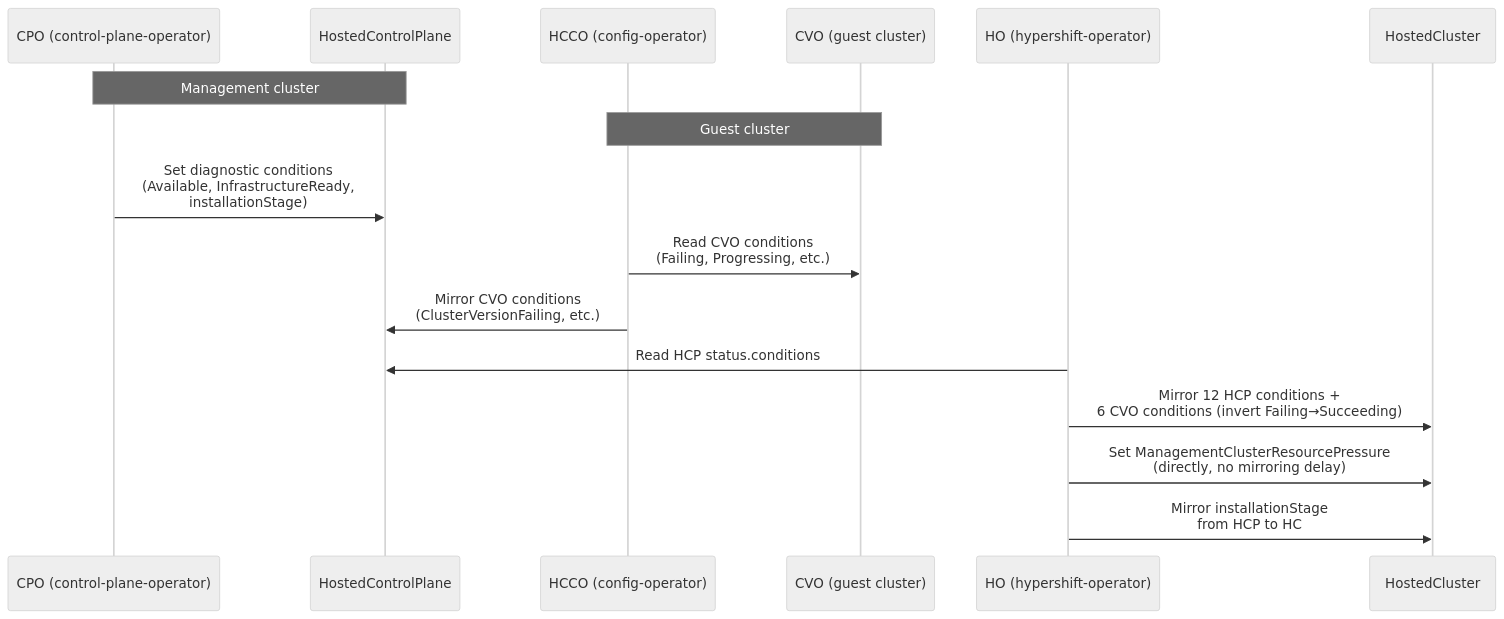
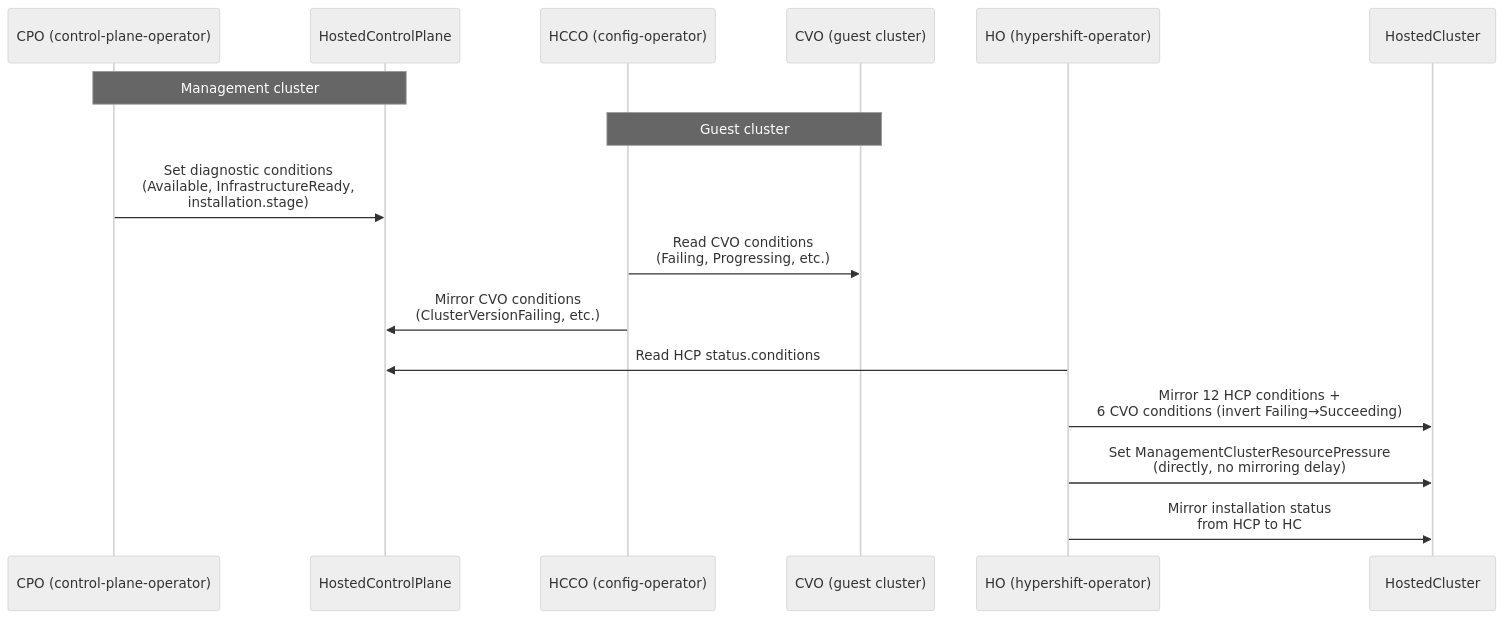
One commit to openshift/enhancements changed the first of 2 diagrams in enhancements/hypershift/installation-failure-debuggability.md. Above: the diagram before and after it, drawn with Mermaid (neutral theme). The commit also changed other lines of this file, not shown here.

````diff
--- a/enhancements/hypershift/installation-failure-debuggability.md
+++ b/enhancements/hypershift/installation-failure-debuggability.md
@@ -269,20 +269,20 @@
 ```mermaid
 sequenceDiagram
     participant CPO as CPO (control-plane-operator)
     participant HCP as HostedControlPlane
     participant HCCO as HCCO (config-operator)
     participant CVO as CVO (guest cluster)
     participant HO as HO (hypershift-operator)
     participant HC as HostedCluster
 
     Note over CPO,HCP: Management cluster
     Note over HCCO,CVO: Guest cluster
 
-    CPO->>HCP: Set diagnostic conditions<br/>(Available, InfrastructureReady,<br/>installationStage)
+    CPO->>HCP: Set diagnostic conditions<br/>(Available, InfrastructureReady,<br/>installation.stage)
     HCCO->>CVO: Read CVO conditions<br/>(Failing, Progressing, etc.)
     HCCO->>HCP: Mirror CVO conditions<br/>(ClusterVersionFailing, etc.)
     HO->>HCP: Read HCP status.conditions
     HO->>HC: Mirror 12 HCP conditions +<br/>6 CVO conditions (invert Failing→Succeeding)
     HO->>HC: Set ManagementClusterResourcePressure<br/>(directly, no mirroring delay)
-    HO->>HC: Mirror installationStage<br/>from HCP to HC
+    HO->>HC: Mirror installation status<br/>from HCP to HC
 ```
````
